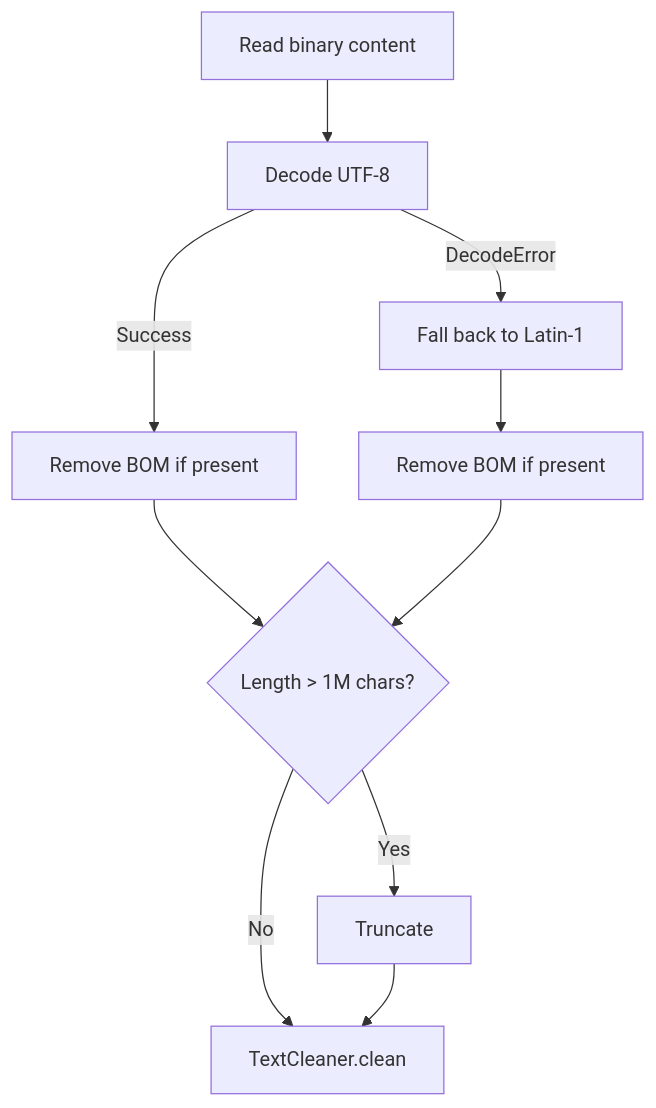
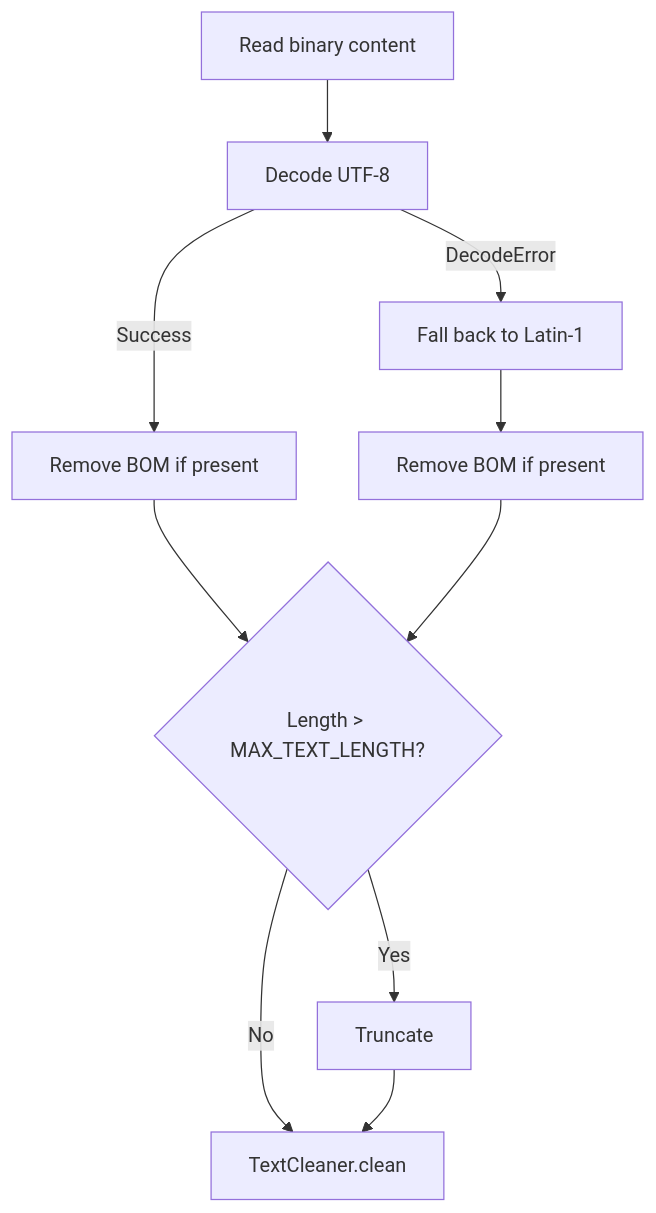
One commit to kunalPisolkar24/detectAI changed the fourth of 4 diagrams in services/document-parser/docs/concepts/extraction-strategies.md. Above: the diagram before and after it, drawn with Mermaid. The commit also changed other lines of this file and 9 other files, not shown here.

````diff
--- a/services/document-parser/docs/concepts/extraction-strategies.md
+++ b/services/document-parser/docs/concepts/extraction-strategies.md
@@ -109,12 +112,12 @@
 ```mermaid
 graph TB
     A[Read binary content] --> B[Decode UTF-8]
     B -->|Success| C[Remove BOM if present]
     B -->|DecodeError| D[Fall back to Latin-1]
     D --> E[Remove BOM if present]
-    C --> F{Length > 1M chars?}
+    C --> F{Length > MAX_TEXT_LENGTH?}
     E --> F
     F -->|Yes| G[Truncate]
     F -->|No| H[TextCleaner.clean]
     G --> H
 ```
````
